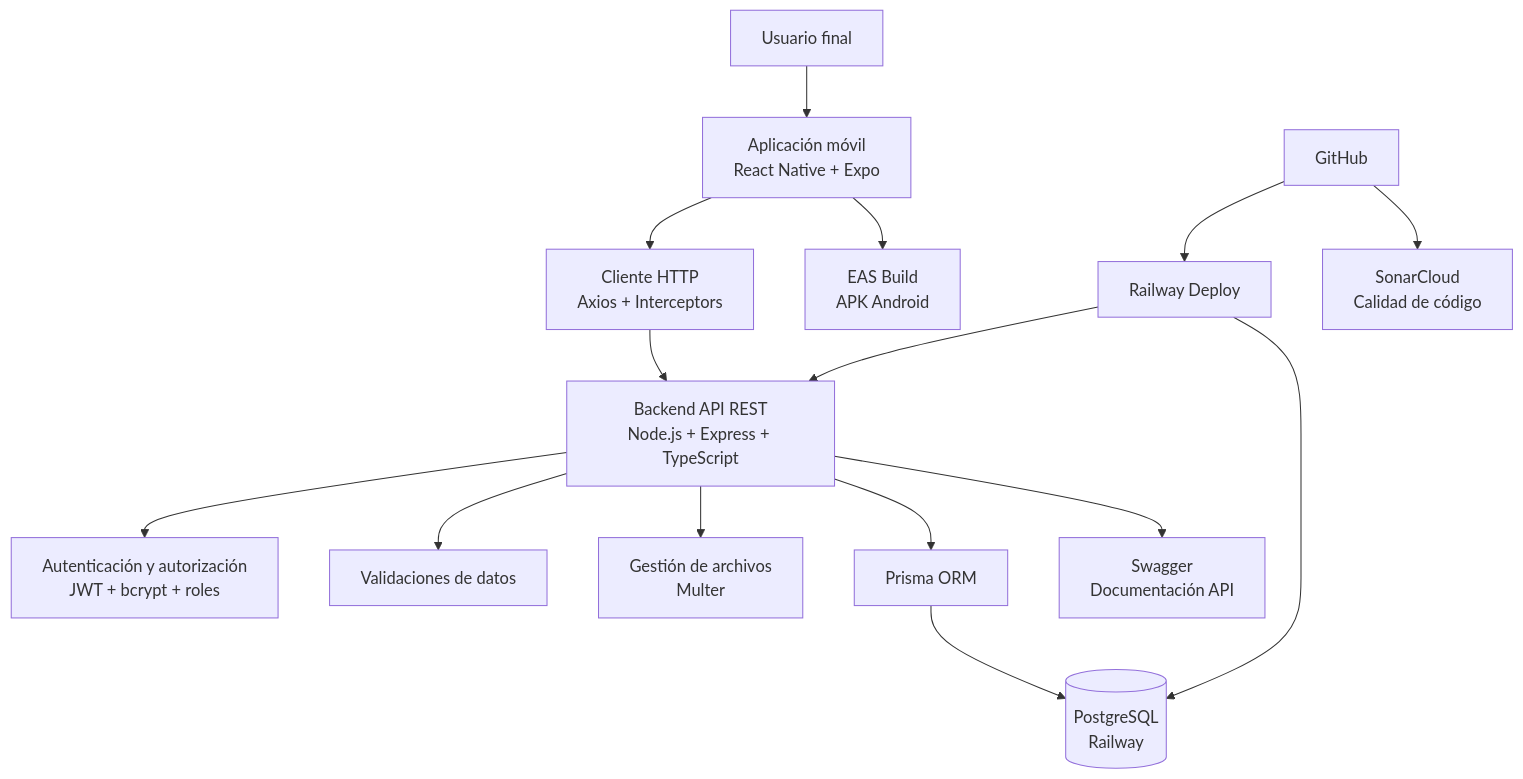
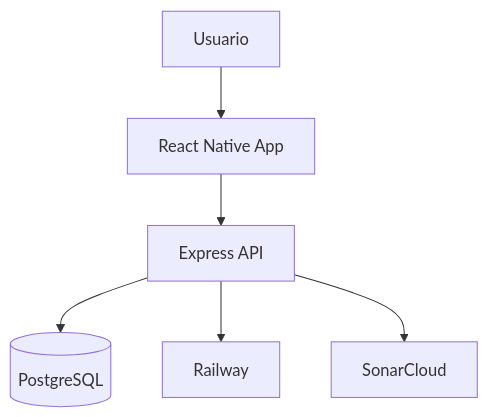
Before and after one commit to sarisjimenez3-design/aba-manager-system: the diagram in docs/diagrams/components.md, drawn with Mermaid. The commit also changed 2 other files, not shown here.

Commit message:
fix: corregir diagramas mermaid

````diff
--- a/docs/diagrams/components.md
+++ b/docs/diagrams/components.md
@@ -3,23 +3,15 @@
 ```mermaid
 flowchart TB
-    User[Usuario final] --> Mobile[Aplicación móvil<br/>React Native + Expo]
+    User[Usuario]
+    Mobile[React Native App]
+    API[Express API]
+    DB[(PostgreSQL)]
+    Railway[Railway]
+    Sonar[SonarCloud]
 
-    Mobile --> Axios[Cliente HTTP<br/>Axios + Interceptors]
-    Axios --> API[Backend API REST<br/>Node.js + Express + TypeScript]
-
-    API --> Auth[Autenticación y autorización<br/>JWT + bcrypt + roles]
-    API --> Validators[Validaciones de datos]
-    API --> Uploads[Gestión de archivos<br/>Multer]
-    API --> Prisma[Prisma ORM]
-
-    Prisma --> DB[(PostgreSQL<br/>Railway)]
-
-    API --> Swagger[Swagger<br/>Documentación API]
-
-    GitHub[GitHub] --> Railway[Railway Deploy]
-    Railway --> API
-    Railway --> DB
-
-    GitHub --> Sonar[SonarCloud<br/>Calidad de código]
-    Mobile --> EAS[EAS Build<br/>APK Android]
+    User --> Mobile
+    Mobile --> API
+    API --> DB
+    API --> Railway
+    API --> Sonar
 ```
````
